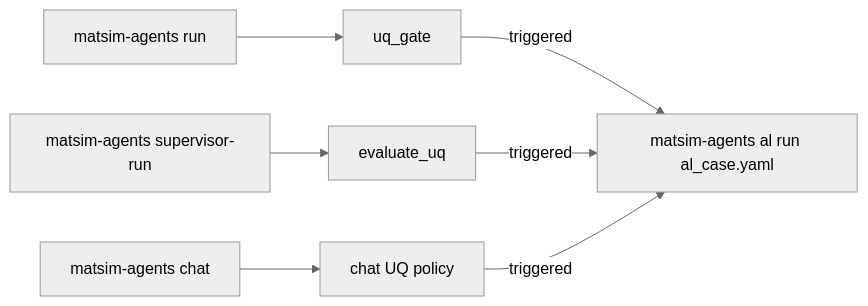
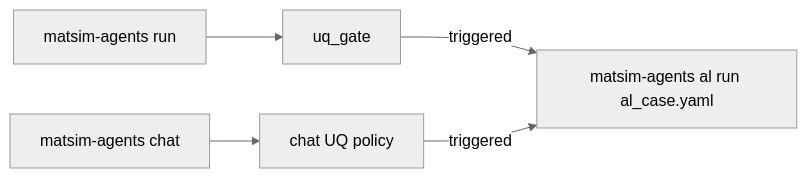
One commit to ORNL/matsim-agents changed the diagram in examples/paper_cases/README.md. Above: the diagram before and after it, drawn with Mermaid (neutral theme). The commit also changed other lines of this file and 26 other files, not shown here.

Commit message:
Docs for the framework architecture; application check command; E1 benchmark runner; architecture CI job

````diff
--- a/examples/paper_cases/README.md
+++ b/examples/paper_cases/README.md
@@ -41,9 +38,7 @@
 ```mermaid
 flowchart LR
   RG[matsim-agents run] --> RU[uq_gate]
-  SU[matsim-agents supervisor-run] --> SQ[evaluate_uq]
   CH[matsim-agents chat] --> CQ[chat UQ policy]
   RU -->|triggered| AL[matsim-agents al run al_case.yaml]
-  SQ -->|triggered| AL
   CQ -->|triggered| AL
 ```
````
